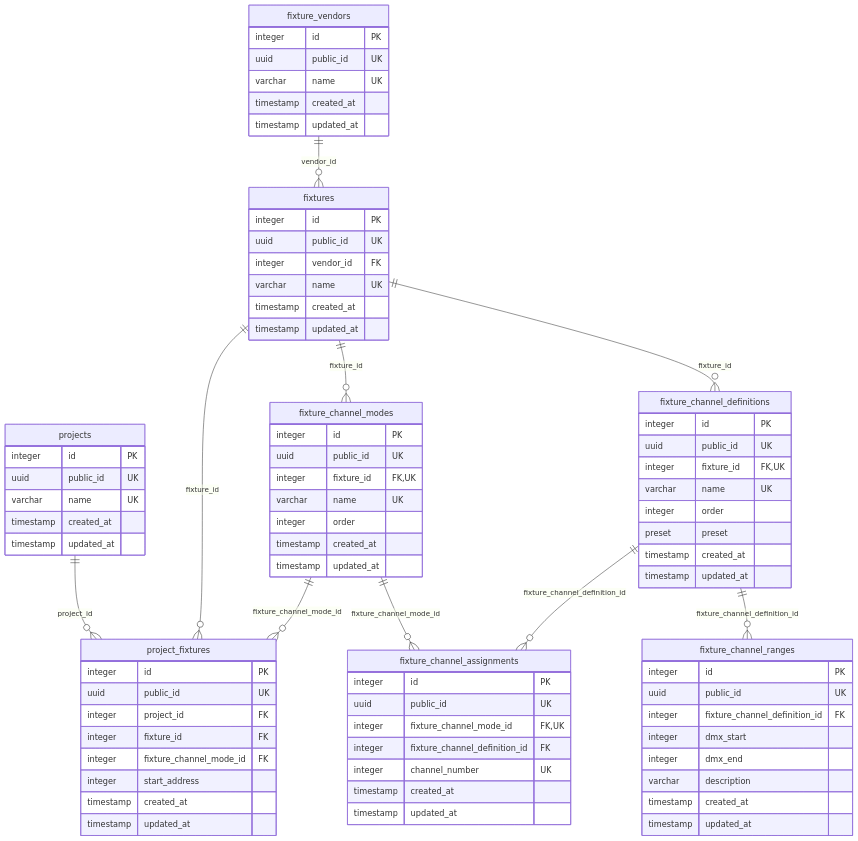
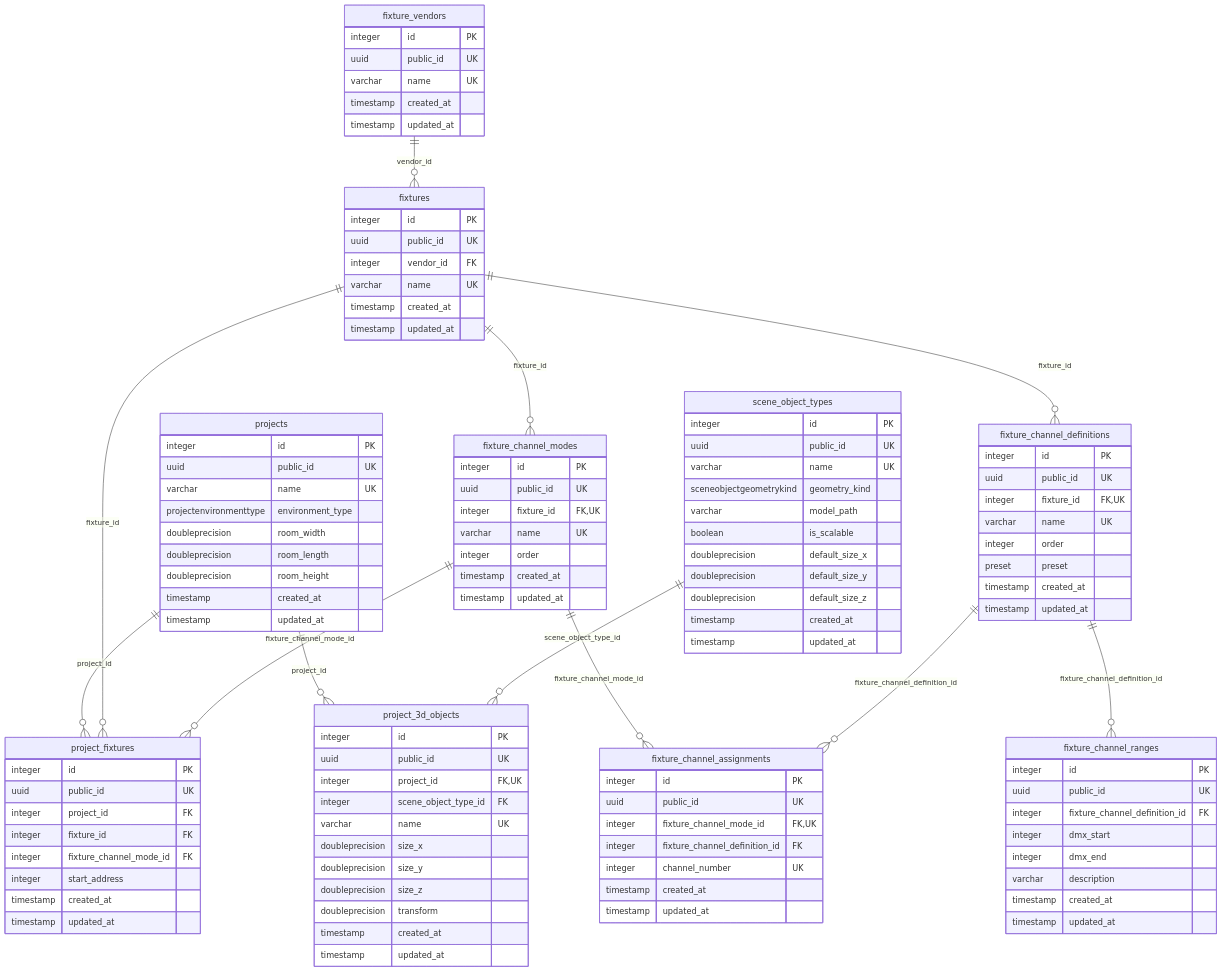
Before and after one commit to hsimpson/dmx-light-control: the diagram in apps/backend/docs/database-schema.md, drawn with Mermaid. The commit also changed 163 other files, not shown here.

````diff
--- a/apps/backend/docs/database-schema.md
+++ b/apps/backend/docs/database-schema.md
@@ -10,6 +10,8 @@
     fixtures ||--o{ fixture_channel_definitions : "fixture_id"
     fixtures ||--o{ fixture_channel_modes : "fixture_id"
     fixture_channel_definitions ||--o{ fixture_channel_ranges : "fixture_channel_definition_id"
+    projects ||--o{ project_3d_objects : "project_id"
+    scene_object_types ||--o{ project_3d_objects : "scene_object_type_id"
     projects ||--o{ project_fixtures : "project_id"
     fixtures ||--o{ project_fixtures : "fixture_id"
     fixture_channel_modes ||--o{ project_fixtures : "fixture_channel_mode_id"
@@ -70,6 +72,23 @@
         integer id PK
         uuid public_id UK
         varchar name UK
+        projectenvironmenttype environment_type
+        doubleprecision room_width
+        doubleprecision room_length
+        doubleprecision room_height
+        timestamp created_at
+        timestamp updated_at
+    }
+    project_3d_objects {
+        integer id PK
+        uuid public_id UK
+        integer project_id FK,UK
+        integer scene_object_type_id FK
+        varchar name UK
+        doubleprecision size_x
+        doubleprecision size_y
+        doubleprecision size_z
+        doubleprecision transform
         timestamp created_at
         timestamp updated_at
     }
@@ -83,4 +102,17 @@
         timestamp created_at
         timestamp updated_at
     }
+    scene_object_types {
+        integer id PK
+        uuid public_id UK
+        varchar name UK
+        sceneobjectgeometrykind geometry_kind
+        varchar model_path
+        boolean is_scalable
+        doubleprecision default_size_x
+        doubleprecision default_size_y
+        doubleprecision default_size_z
+        timestamp created_at
+        timestamp updated_at
+    }
 ```
````
